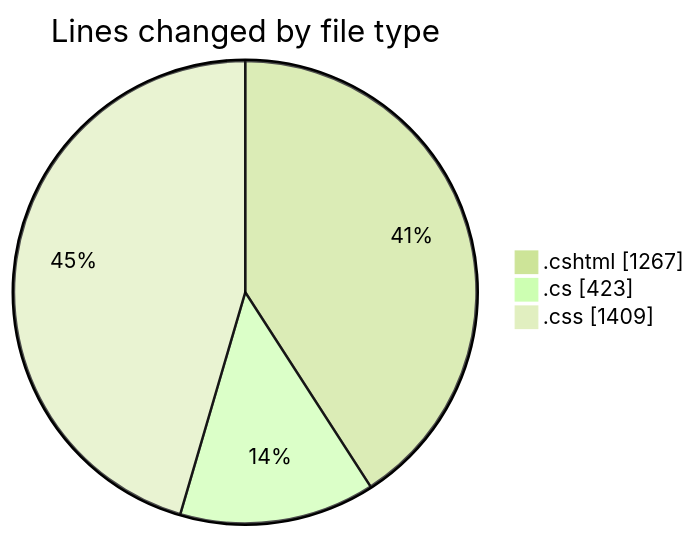
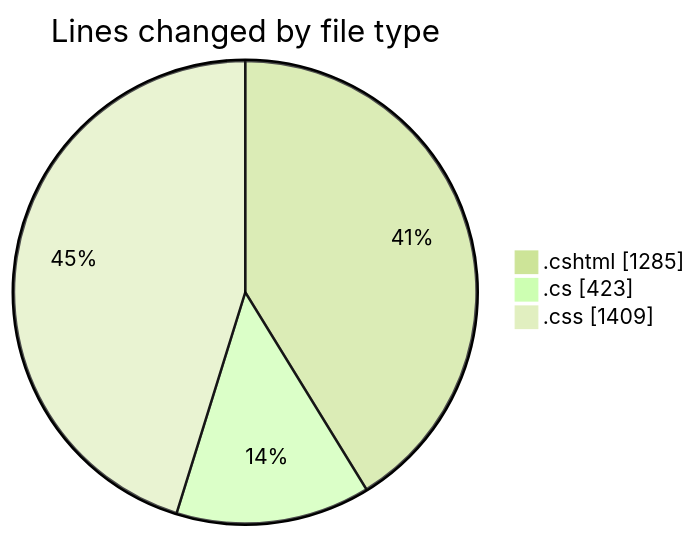
Before and after one commit to lephambinh05/code-tracking: the first of 2 diagrams in 2025-07-18/nhahang/README.md, drawn with Mermaid (forest theme). The commit also changed other lines of this file and 1 other file, not shown here.

````diff
--- a/2025-07-18/nhahang/README.md
+++ b/2025-07-18/nhahang/README.md
@@ -42,7 +42,7 @@
 ```mermaid
 pie showData
 title Lines changed by file type
-".cshtml" : 1267
+".cshtml" : 1285
 ".cs" : 423
 ".css" : 1409
 ```
````
